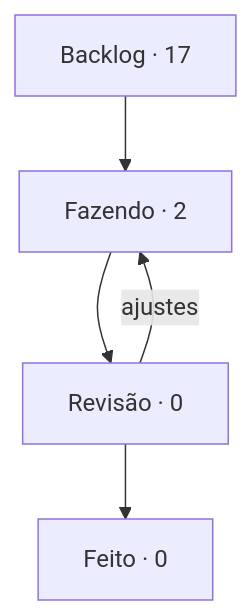
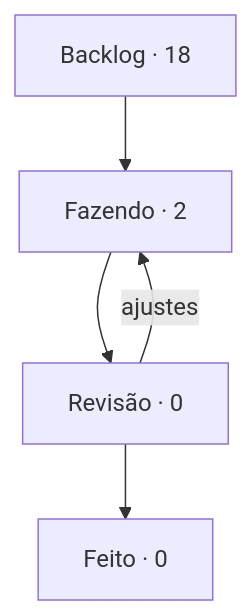
One commit to StudioVibi/VibiKanban changed the diagram in boards/dungeon-bend/BOARD.md. Above: the diagram before and after it, drawn with Mermaid. The commit also changed other lines of this file and 2 other files, not shown here.

````diff
--- a/boards/dungeon-bend/BOARD.md
+++ b/boards/dungeon-bend/BOARD.md
@@ -5,10 +5,10 @@
 ```mermaid
 flowchart TD
-  backlog["Backlog · 17"] --> doing["Fazendo · 2"]
+  backlog["Backlog · 18"] --> doing["Fazendo · 2"]
   doing --> review["Revisão · 0"]
   review --> done["Feito · 0"]
   review -->|ajustes| doing
   doing:::blue
   review:::yellow
   done:::green
 ```
````
